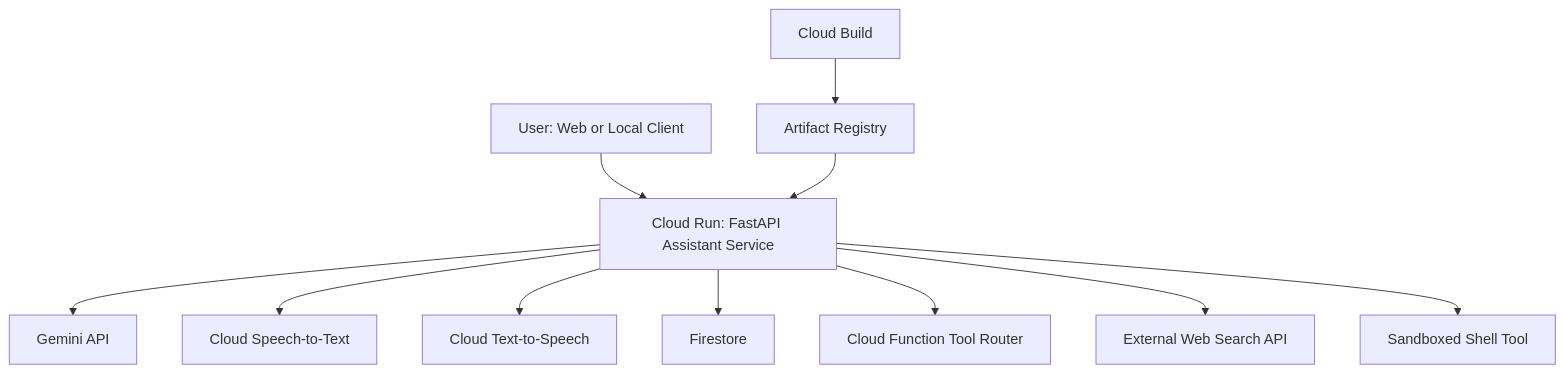
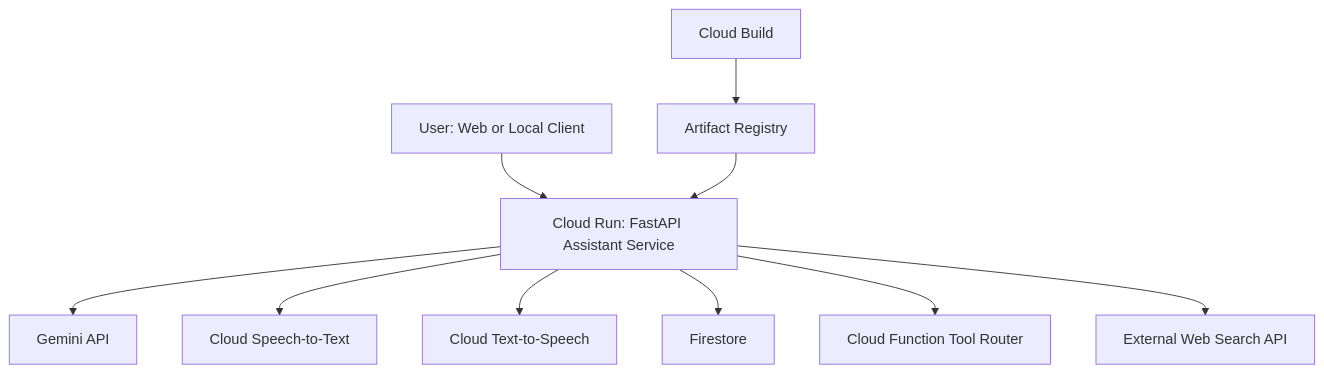
One commit to richzltw/AI-Assistant changed the diagram in docs/architecture.mmd. Above: the diagram before and after it, drawn with Mermaid. The commit also changed 8 other files, not shown here.

```diff
--- a/docs/architecture.mmd
+++ b/docs/architecture.mmd
@@ -1,11 +1,10 @@
 flowchart TD
     U[User: Web or Local Client] --> API[Cloud Run: FastAPI Assistant Service]
     API --> LLM[Gemini API]
     API --> STT[Cloud Speech-to-Text]
     API --> TTS[Cloud Text-to-Speech]
     API --> FS[Firestore]
     API --> CF[Cloud Function Tool Router]
     API --> WS[External Web Search API]
-    API --> SH[Sandboxed Shell Tool]
     CB[Cloud Build] --> AR[Artifact Registry]
     AR --> API
```
